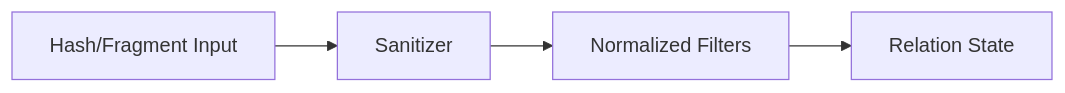
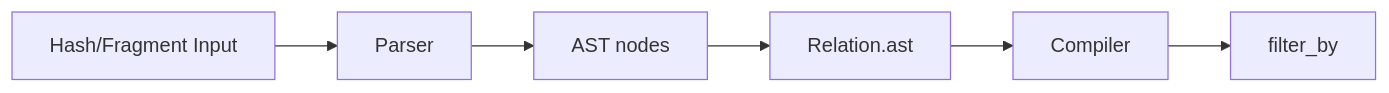
The second of 3 diagrams in docs/relation.md (lstpsche/typesense-search-engine), drawn with Mermaid before and after one commit. The commit also changed other lines of this file and 6 other files, not shown here.

First line of the commit message:
feat(relation): store AST in Relation and compile via Compiler

````diff
--- a/docs/relation.md
+++ b/docs/relation.md
@@ -79,6 +95,8 @@
 ```mermaid
 flowchart LR
-  A[Hash/Fragment Input] --> B[Sanitizer]
-  B --> C[Normalized Filters]
-  C --> D[Relation State]
+  A[Hash/Fragment Input] --> B[Parser]
+  B --> C[AST nodes]
+  C --> D[Relation.ast]
+  D --> E[Compiler]
+  E --> F[filter_by]
 ```
````
